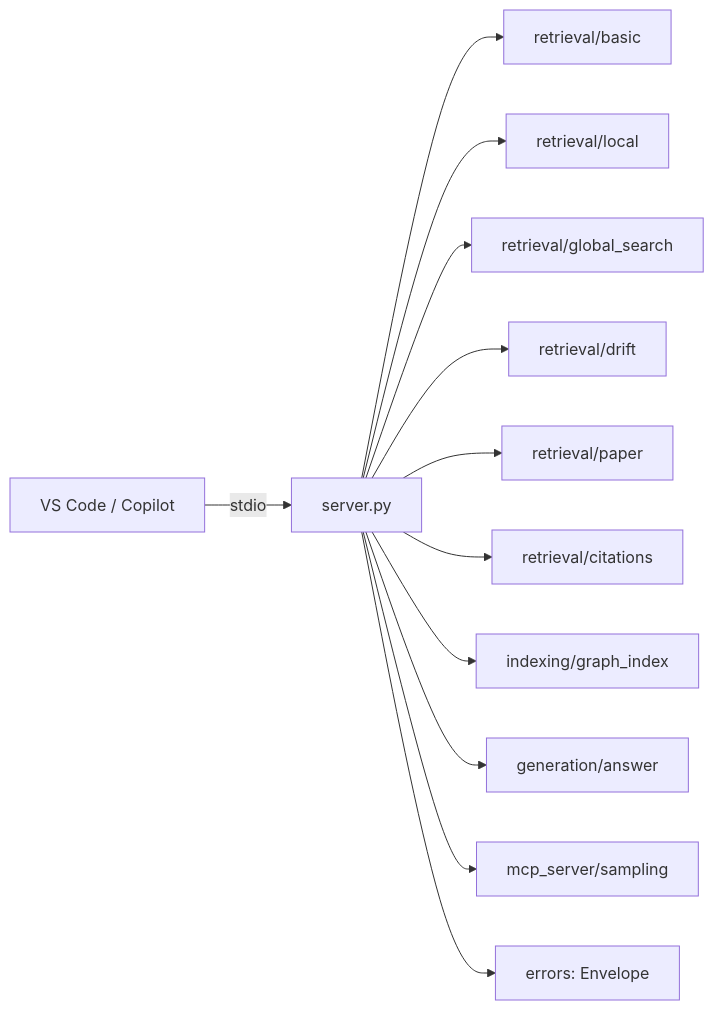
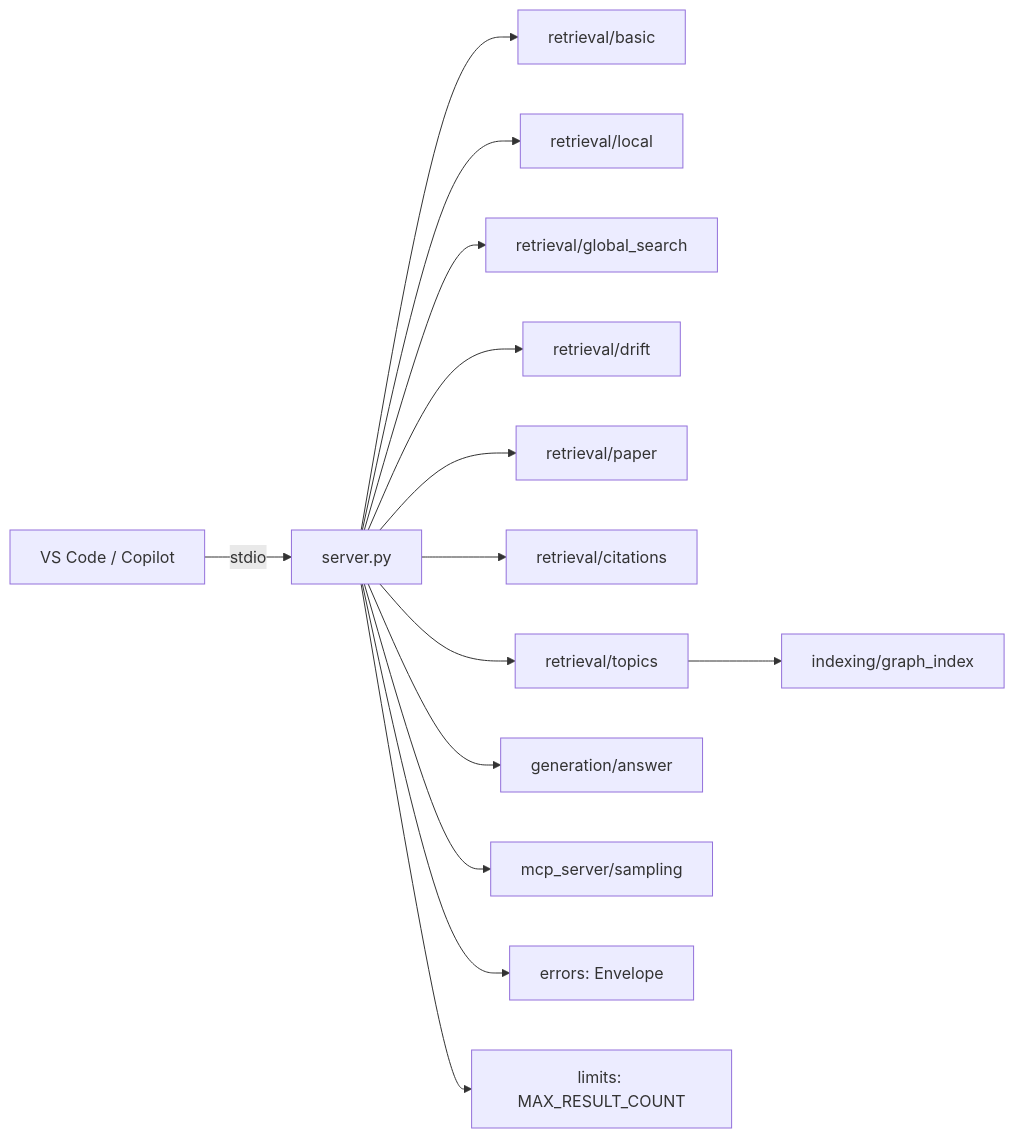
Before and after one commit to MomoEngineer/research-graphrag: the third of 3 diagrams in src/research_graphrag/mcp_server/doc/server.md, drawn with Mermaid. The commit also changed other lines of this file and 34 other files, not shown here.

````diff
--- a/src/research_graphrag/mcp_server/doc/server.md
+++ b/src/research_graphrag/mcp_server/doc/server.md
@@ -117,14 +142,16 @@
 ```mermaid
 flowchart LR
     VS["VS Code / Copilot"] -->|stdio| SV["server.py"]
     SV --> RB["retrieval/basic"]
     SV --> RL["retrieval/local"]
     SV --> RG["retrieval/global_search"]
     SV --> RD["retrieval/drift"]
     SV --> RP["retrieval/paper"]
     SV --> RC["retrieval/citations"]
-    SV --> GI["indexing/graph_index"]
+    SV --> RT["retrieval/topics"]
     SV --> AN["generation/answer"]
     SV --> SM["mcp_server/sampling"]
     SV --> ER["errors: Envelope"]
+    SV --> LM["limits: MAX_RESULT_COUNT"]
+    RT --> GI["indexing/graph_index"]
 ```
````
